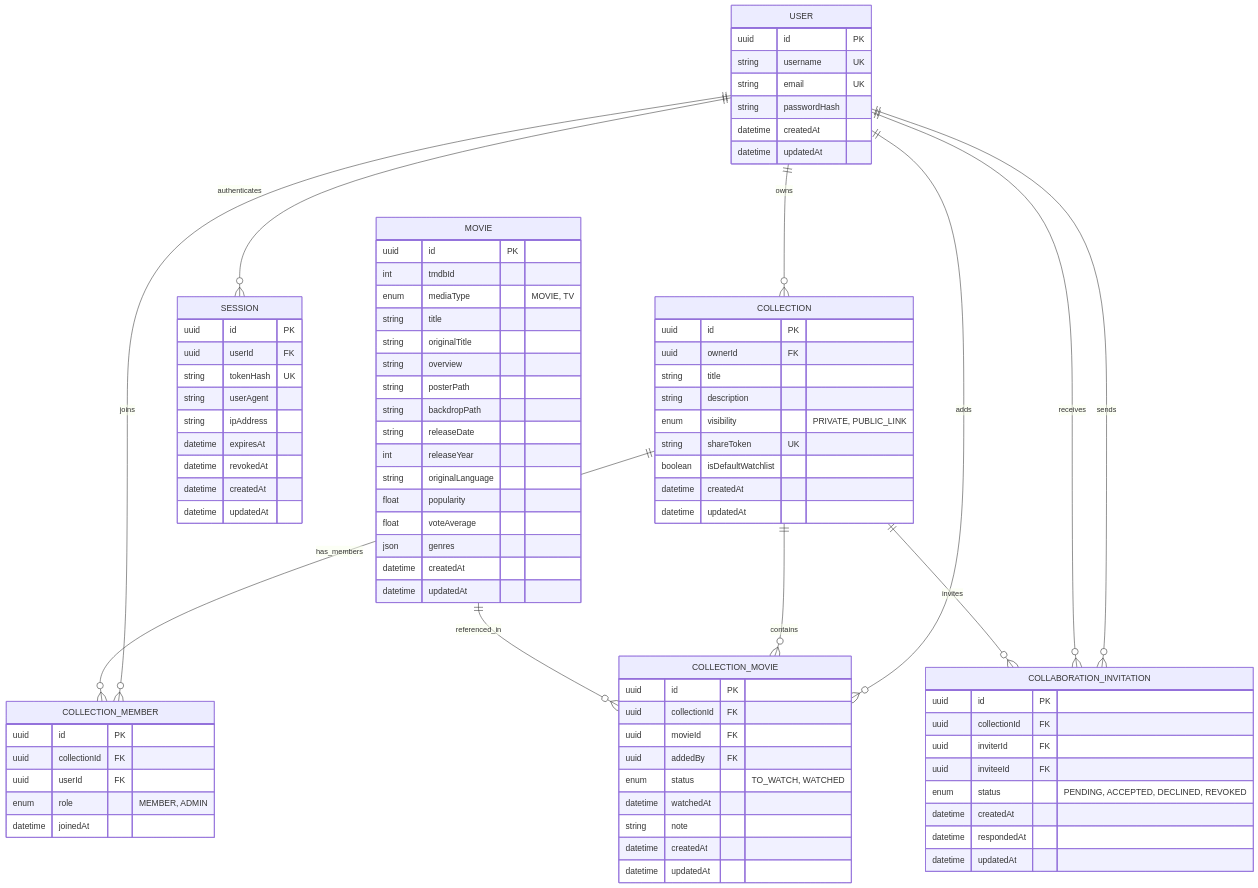
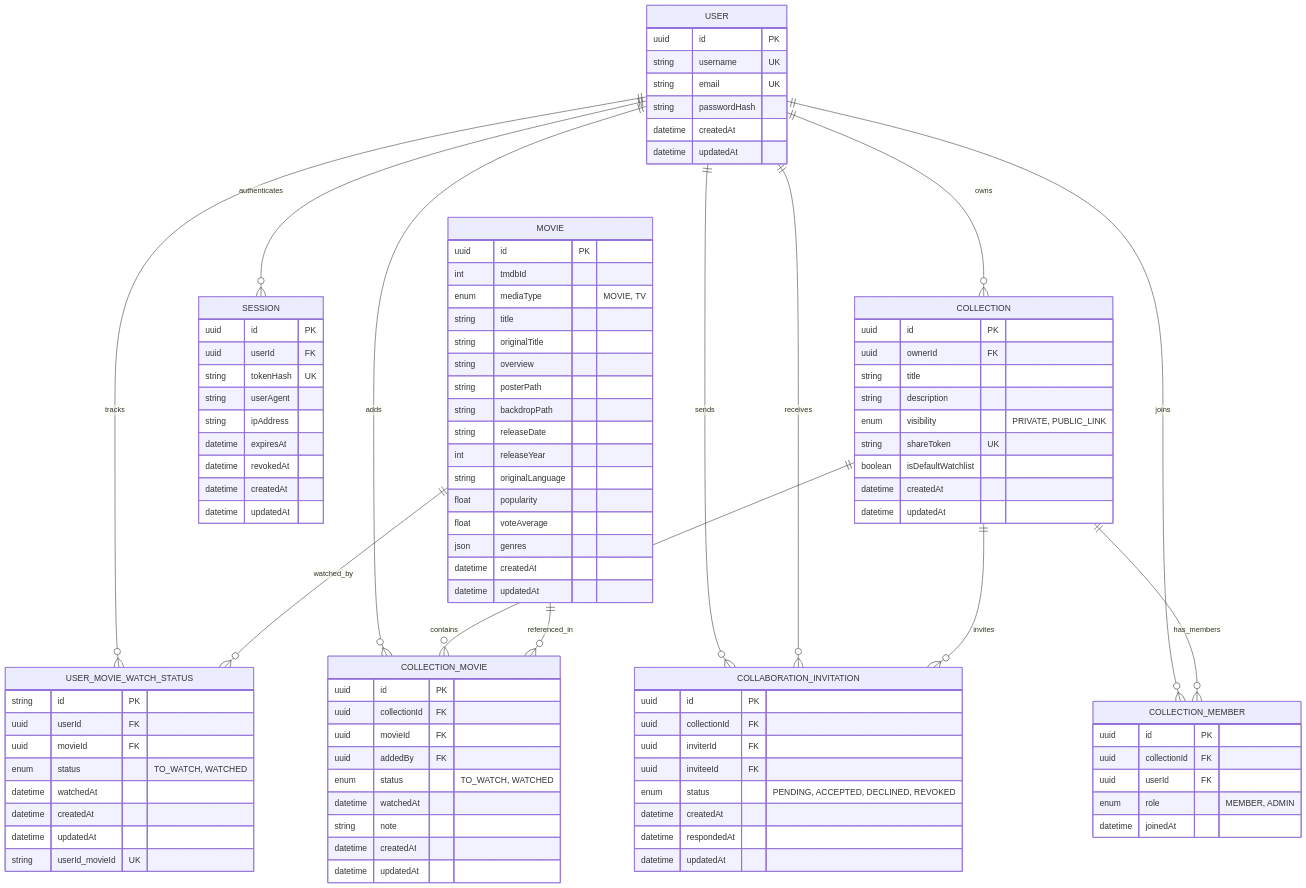
One commit to SuyogSky/CineTrack changed the diagram in README.md. Above: the diagram before and after it, drawn with Mermaid. The commit also changed other lines of this file and 21 other files, not shown here.

```diff
--- a/README.md
+++ b/README.md
@@ -88,12 +88,14 @@
     USER ||--o{ COLLABORATION_INVITATION : receives
     USER ||--o{ SESSION : authenticates
     USER ||--o{ COLLECTION_MOVIE : adds
+    USER ||--o{ USER_MOVIE_WATCH_STATUS : tracks
 
     COLLECTION ||--o{ COLLECTION_MOVIE : contains
     COLLECTION ||--o{ COLLECTION_MEMBER : has_members
     COLLECTION ||--o{ COLLABORATION_INVITATION : invites
 
     MOVIE ||--o{ COLLECTION_MOVIE : referenced_in
+    MOVIE ||--o{ USER_MOVIE_WATCH_STATUS : watched_by
 
     USER {
         uuid id PK
@@ -147,6 +149,17 @@
         datetime updatedAt
     }
 
+    USER_MOVIE_WATCH_STATUS {
+        string id PK
+        uuid userId FK
+        uuid movieId FK
+        enum status "TO_WATCH, WATCHED"
+        datetime watchedAt
+        datetime createdAt
+        datetime updatedAt
+        string userId_movieId UK
+    }
+
     COLLECTION_MEMBER {
         uuid id PK
         uuid collectionId FK
```
